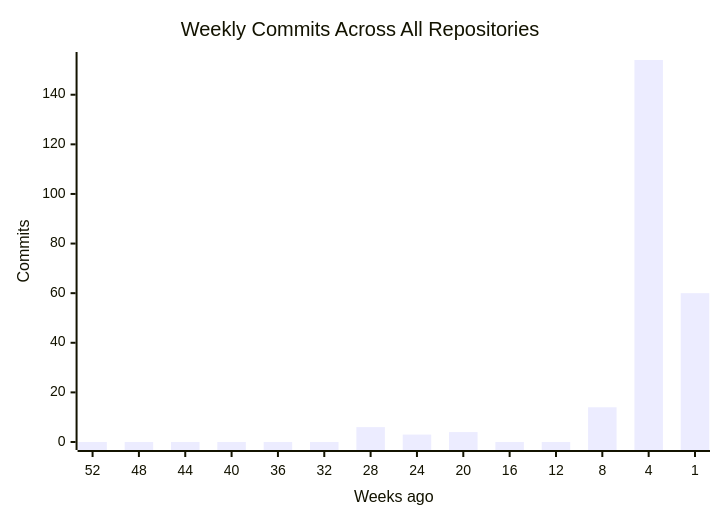
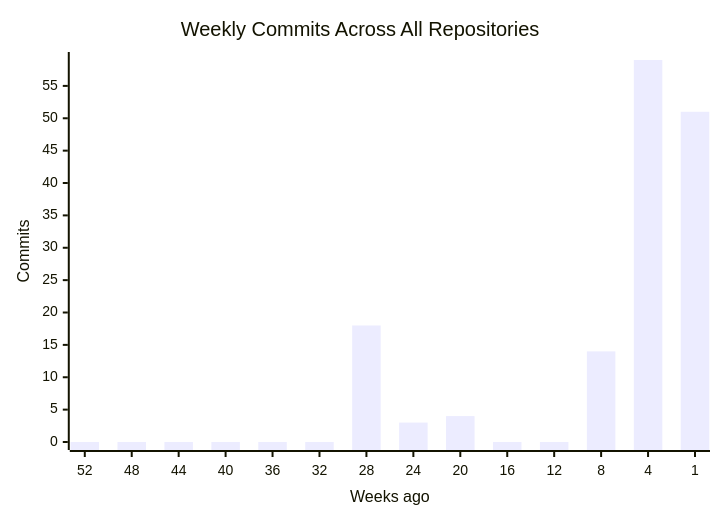
One commit to CSTH-Projects/.github changed the first of 4 diagrams in profile/README.md. Above: the diagram before and after it, drawn with Mermaid. The commit also changed other lines of this file, not shown here.

````diff
--- a/profile/README.md
+++ b/profile/README.md
@@ -16,7 +16,7 @@
 ```mermaid
 xychart-beta
     title "Weekly Commits Across All Repositories"
     x-axis "Weeks ago" [52, 48, 44, 40, 36, 32, 28, 24, 20, 16, 12, 8, 4, 1]
     y-axis "Commits"
-    bar [0, 0, 0, 0, 0, 0, 6, 3, 4, 0, 0, 14, 154, 60]
+    bar [0, 0, 0, 0, 0, 0, 18, 3, 4, 0, 0, 14, 59, 51]
 ```
````
